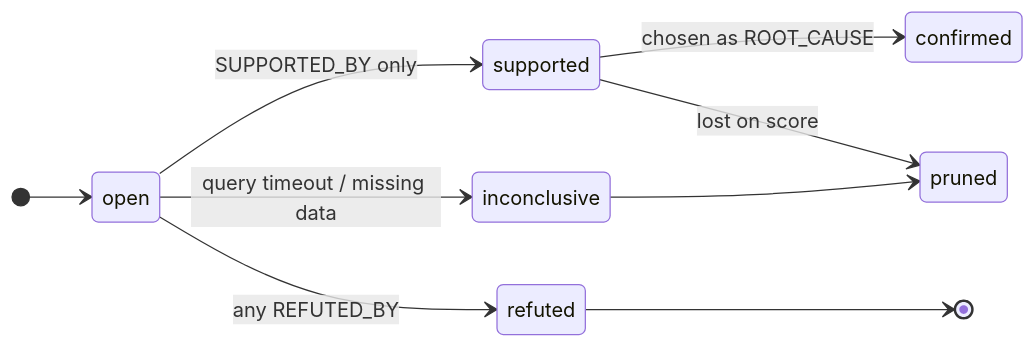
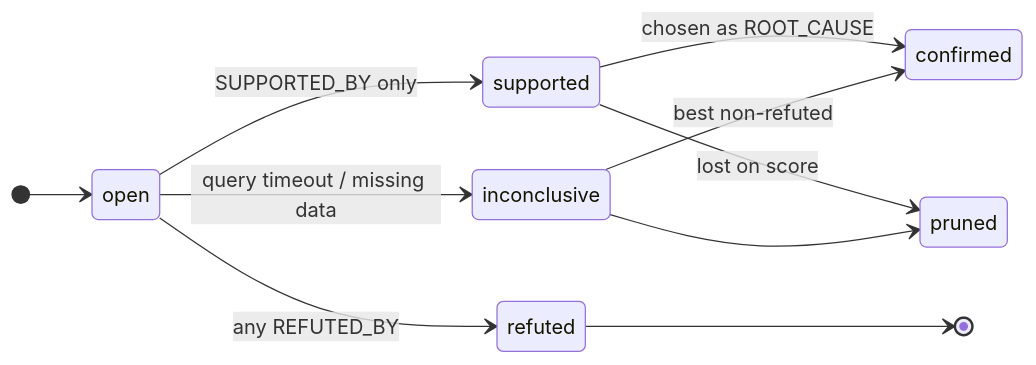
Before and after one commit to Prateek1771/epicenter: the fourth of 4 diagrams in docs/LLD.md, drawn with Mermaid. The commit also changed other lines of this file and 24 other files, not shown here.

````diff
--- a/docs/LLD.md
+++ b/docs/LLD.md
@@ -530,12 +544,13 @@
 ```mermaid
 stateDiagram-v2
     direction LR
     [*] --> open
     open --> supported: SUPPORTED_BY only
     open --> refuted: any REFUTED_BY
     open --> inconclusive: query timeout / missing data
     supported --> confirmed: chosen as ROOT_CAUSE
+    inconclusive --> confirmed: best non-refuted
     supported --> pruned: lost on score
     inconclusive --> pruned
     refuted --> [*]
 ```
````
